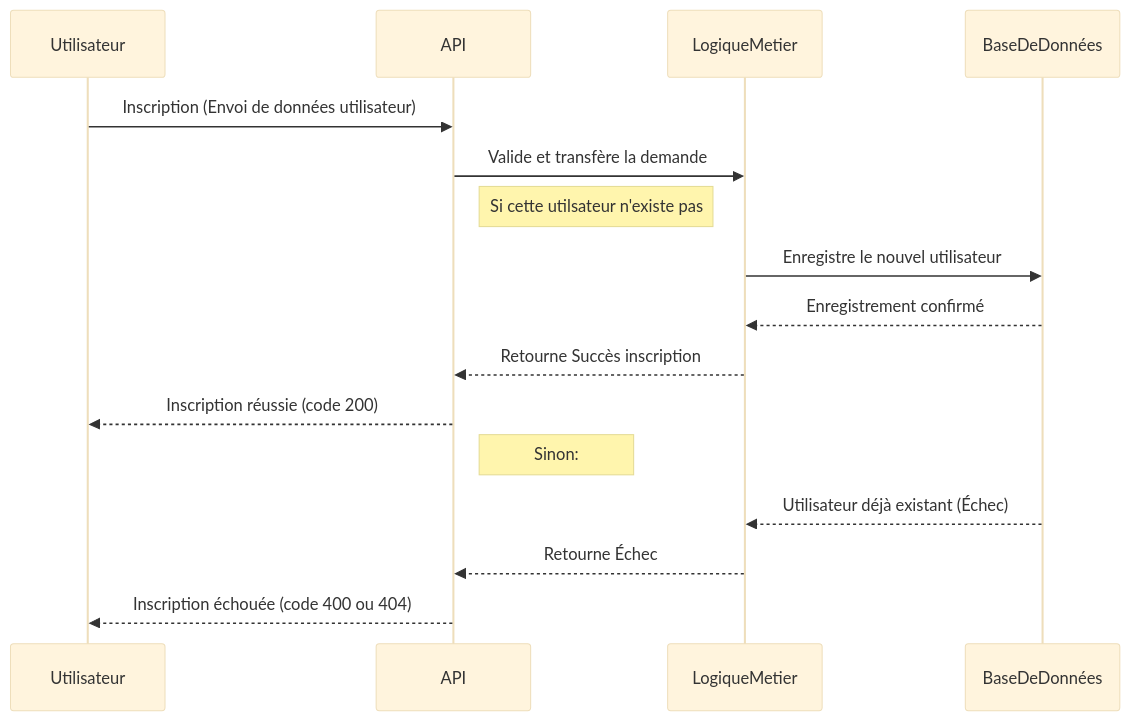
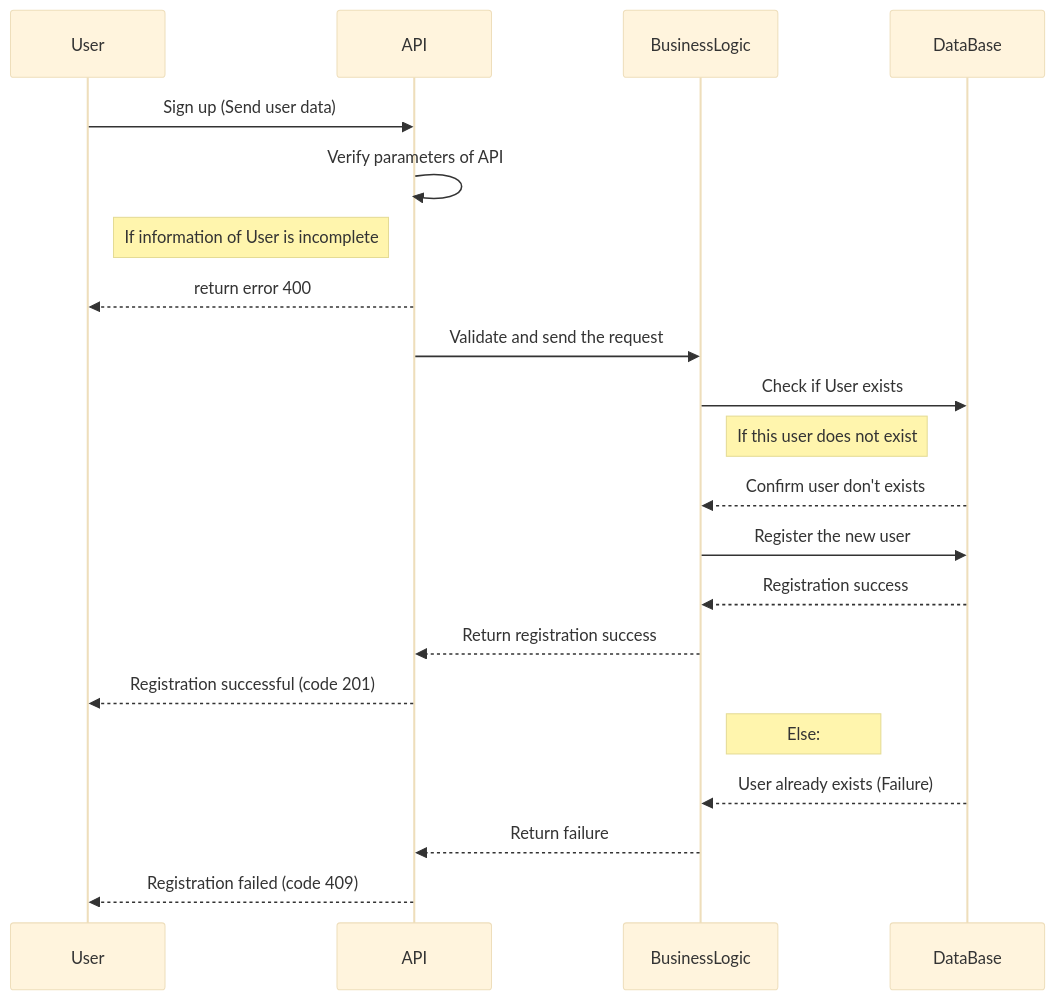
Before and after one commit to Timi-Holberton/holbertonschool-hbnb: the first of 4 diagrams in part1/diagram_sequence.md, drawn with Mermaid (base theme). The commit also changed other lines of this file and 1 other file, not shown here.

Commit message:
correctif diagram class + ajout du diagramme de sequense

````diff
--- a/part1/diagram_sequence.md
+++ b/part1/diagram_sequence.md
@@ -3,19 +2,24 @@
 ```mermaid
 sequenceDiagram
-participant Utilisateur
+participant User
 participant API
-participant LogiqueMetier
-participant BaseDeDonnées
+participant BusinessLogic
+participant DataBase
 %% Inscription d’un nouvel utilisateur :
-Utilisateur->>API: Inscription (Envoi de données utilisateur)
-API->>LogiqueMetier: Valide et transfère la demande
-Note right of API: Si cette utilsateur n'existe pas
-LogiqueMetier->>BaseDeDonnées: Enregistre le nouvel utilisateur
-BaseDeDonnées-->>LogiqueMetier: Enregistrement confirmé
-LogiqueMetier-->>API: Retourne Succès inscription
-API-->>Utilisateur: Inscription réussie (code 200)
-Note right of API: Sinon:
-BaseDeDonnées-->>LogiqueMetier: Utilisateur déjà existant (Échec)
-LogiqueMetier-->>API: Retourne Échec
-API-->>Utilisateur: Inscription échouée (code 400 ou 404)
+User->>API: Sign up (Send user data)
+API->>API: Verify parameters of API
+Note right of User: If information of User is incomplete
+API-->>User: return error 400
+API->>BusinessLogic: Validate and send the request
+BusinessLogic->>DataBase: Check if User exists
+Note right of BusinessLogic: If this user does not exist
+DataBase-->>BusinessLogic: Confirm user don't exists
+BusinessLogic->>DataBase: Register the new user
+DataBase-->>BusinessLogic: Registration success
+BusinessLogic-->>API: Return registration success
+API-->>User: Registration successful (code 201)
+Note right of BusinessLogic: Else:
+DataBase-->>BusinessLogic: User already exists (Failure)
+BusinessLogic-->>API: Return failure
+API-->>User: Registration failed (code 409)
 ```
````
